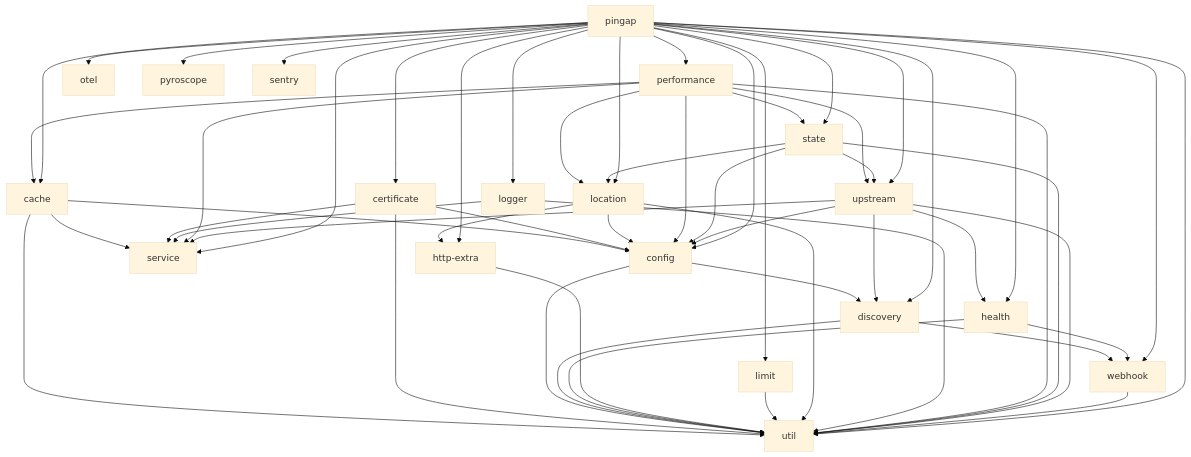
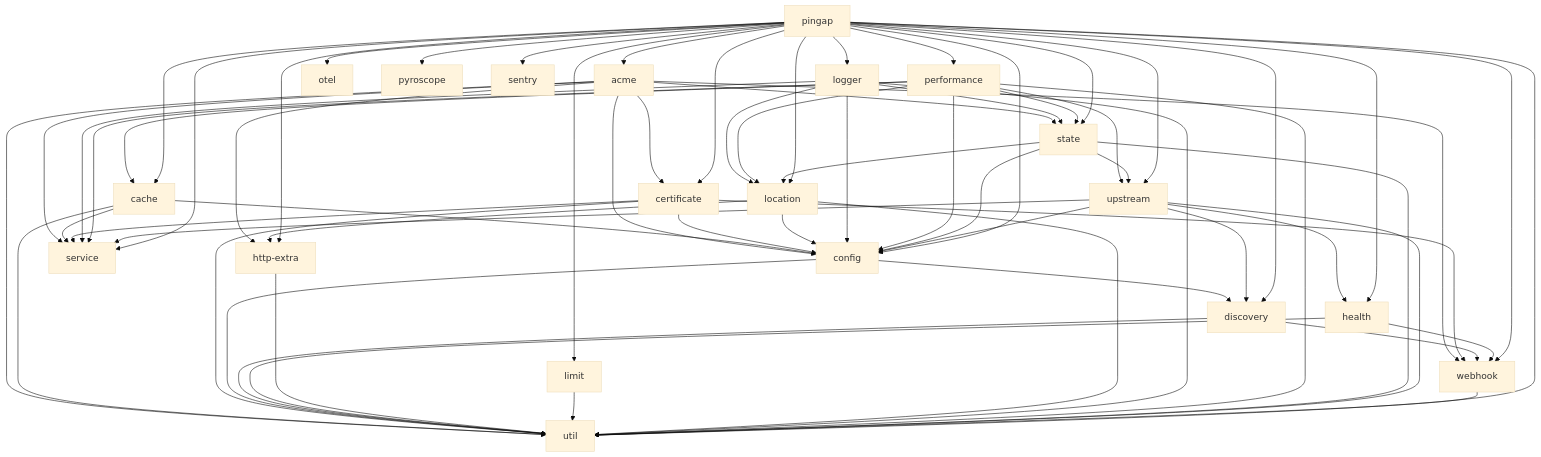
Before and after one commit to vicanso/pingap: the diagram in docs/modules.md, drawn with Mermaid (base theme). The commit also changed 14 other files, not shown here.

````diff
--- a/docs/modules.md
+++ b/docs/modules.md
@@ -3,5 +3,13 @@
 ```mermaid
 graph TD
+    acme --> certificate
+    acme --> config
+    acme --> http-extra
+    acme --> service
+    acme --> state
+    acme --> util
+    acme --> webhook
+
     cache --> config
     cache --> service
     cache --> util
@@ -9,6 +17,7 @@
     certificate --> config
     certificate --> service
     certificate --> util
+    certificate --> webhook
 
     config --> discovery
     config --> util
@@ -27,7 +36,10 @@
     location --> http-extra
     location --> util
 
+    logger --> config
+    logger --> location
     logger --> service
+    logger --> state
     logger --> util
 
     performance --> cache
@@ -51,6 +63,7 @@
 
     webhook --> util
 
+    pingap --> acme
     pingap --> cache
     pingap --> certificate
     pingap --> config
````
